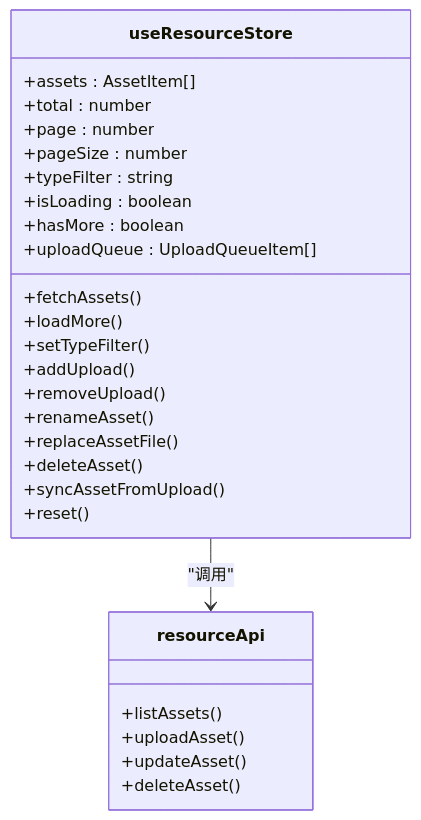
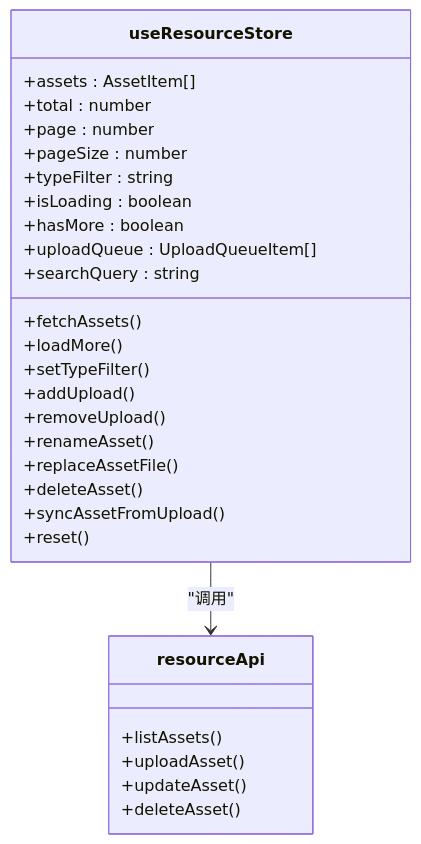
The eighth of 12 diagrams in .qoder/repowiki/zh/content/系统架构/前端架构/组件架构/资源管理组件.md (KunLabAI/KunFlix), drawn with Mermaid before and after one commit. The commit also changed other lines of this file and 88 other files, not shown here.

````diff
--- a/.qoder/repowiki/zh/content/系统架构/前端架构/组件架构/资源管理组件.md
+++ b/.qoder/repowiki/zh/content/系统架构/前端架构/组件架构/资源管理组件.md
@@ -305,30 +374,31 @@
 ```mermaid
 classDiagram
 class useResourceStore {
 +assets : AssetItem[]
 +total : number
 +page : number
 +pageSize : number
 +typeFilter : string
 +isLoading : boolean
 +hasMore : boolean
 +uploadQueue : UploadQueueItem[]
++searchQuery : string
 +fetchAssets()
 +loadMore()
 +setTypeFilter()
 +addUpload()
 +removeUpload()
 +renameAsset()
 +replaceAssetFile()
 +deleteAsset()
 +syncAssetFromUpload()
 +reset()
 }
 class resourceApi {
 +listAssets()
 +uploadAsset()
 +updateAsset()
 +deleteAsset()
 }
 useResourceStore --> resourceApi : "调用"
 ```
````
